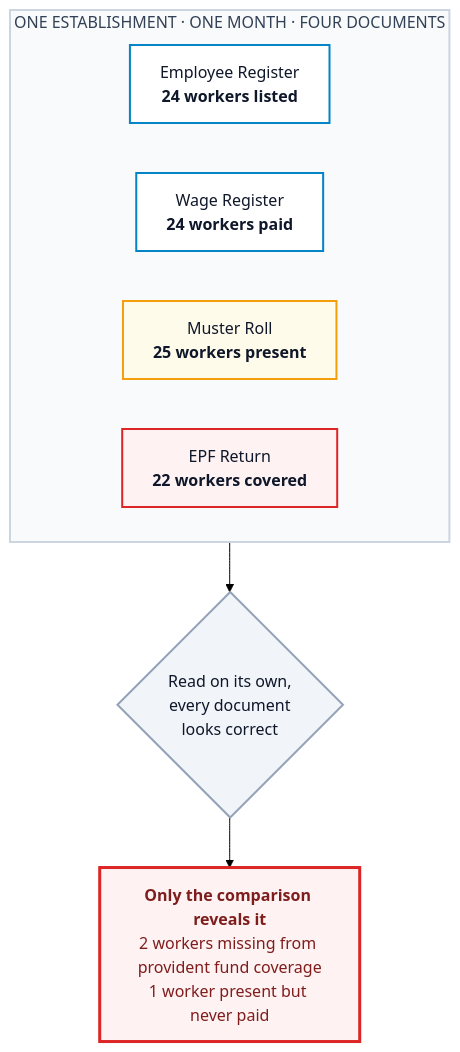
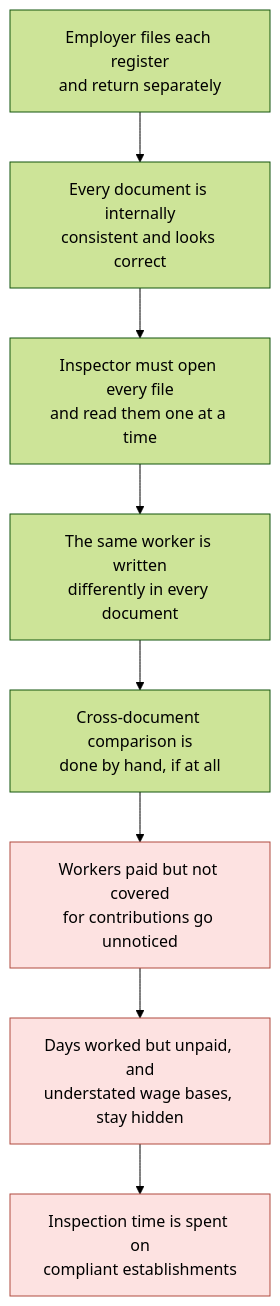
One commit to 23110572-hash/Shram-Drishti changed the first of 5 diagrams in README.md. Above: the diagram before and after it, drawn with Mermaid (forest theme). The commit also changed other lines of this file, not shown here.

Commit message:
Rewrite README with Mermaid diagrams and problem statement mapping

````diff
--- a/README.md
+++ b/README.md
@@ -35,21 +42,14 @@
 ```mermaid
 flowchart TB
-    subgraph SAME["ONE ESTABLISHMENT · ONE MONTH · FOUR DOCUMENTS"]
-        direction LR
-        A["Employee Register<br/><b>24 workers listed</b>"]
-        B["Wage Register<br/><b>24 workers paid</b>"]
-        C["Muster Roll<br/><b>25 workers present</b>"]
-        D["EPF Return<br/><b>22 workers covered</b>"]
-    end
+    A["Employer files each register<br/>and return separately"] --> B["Every document is internally<br/>consistent and looks correct"]
+    B --> C["Inspector must open every file<br/>and read them one at a time"]
+    C --> D["The same worker is written<br/>differently in every document"]
+    D --> E["Cross-document comparison is<br/>done by hand, if at all"]
+    E --> F["Workers paid but not covered<br/>for contributions go unnoticed"]
+    F --> G["Days worked but unpaid, and<br/>understated wage bases, stay hidden"]
+    G --> H["Inspection time is spent on<br/>compliant establishments"]
 
-    SAME --> E{"Read on its own,<br/>every document<br/>looks correct"}
-    E --> F["<b>Only the comparison reveals it</b><br/>2 workers missing from provident fund coverage<br/>1 worker present but never paid"]
-
-    style A fill:#ffffff,stroke:#0284c7,stroke-width:2px,color:#0f172a
-    style B fill:#ffffff,stroke:#0284c7,stroke-width:2px,color:#0f172a
-    style C fill:#fffbeb,stroke:#f59e0b,stroke-width:2px,color:#0f172a
-    style D fill:#fef2f2,stroke:#dc2626,stroke-width:2px,color:#0f172a
-    style E fill:#f1f5f9,stroke:#94a3b8,stroke-width:2px,color:#0f172a
-    style F fill:#fef2f2,stroke:#dc2626,stroke-width:3px,color:#7f1d1d
-    style SAME fill:#f8fafc,stroke:#cbd5e1,stroke-width:2px,color:#334155
+    style F fill:#fde2e1,stroke:#b04a3e
+    style G fill:#fde2e1,stroke:#b04a3e
+    style H fill:#fde2e1,stroke:#b04a3e
 ```
````
